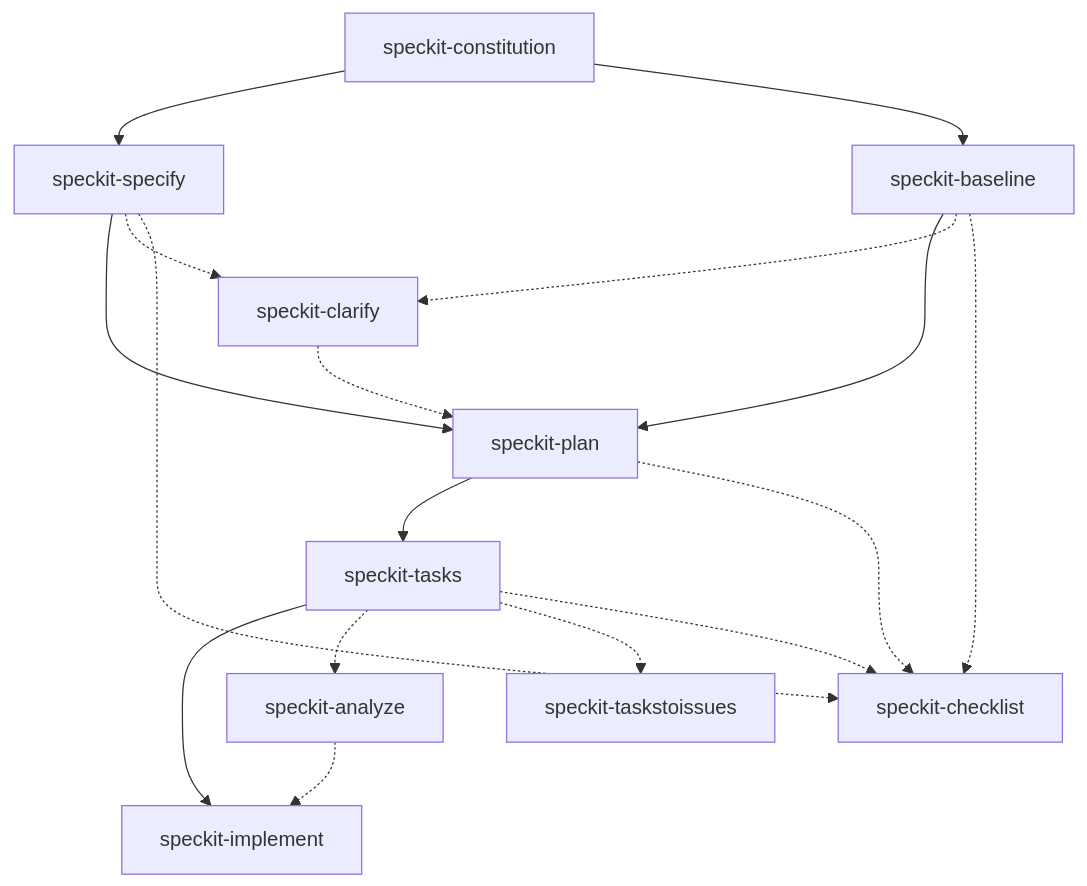
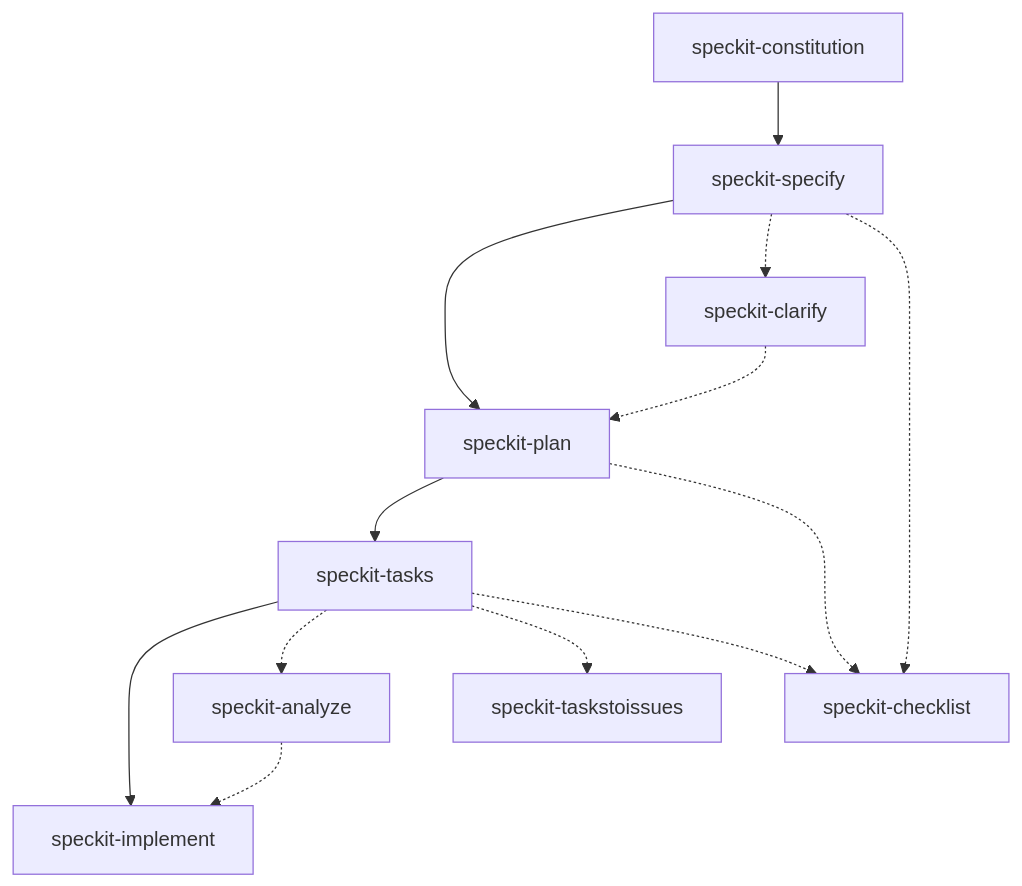
Before and after one commit to dceoy/speckit-agent-skills: the diagram in README.md, drawn with Mermaid. The commit also changed 4 other files, not shown here.

````diff
--- a/README.md
+++ b/README.md
@@ -55,24 +55,18 @@
 ```mermaid
 flowchart TD
   %% Core (recommended order)
   C0["speckit-constitution"] --> C1["speckit-specify"] --> C2["speckit-plan"] --> C3["speckit-tasks"] --> C4["speckit-implement"]
 
-  %% Alternative entry for existing code
-  C0 --> FC["speckit-baseline"]
-  FC --> C2
-
   %% Optional (dashed = insert/assist)
   C1 -.-> O1["speckit-clarify"]
-  FC -.-> O1
   O1 -.-> C2
 
   C3 -.-> O2["speckit-analyze"]
   O2 -.-> C4
 
   C3 -.-> O4["speckit-taskstoissues"]
 
   C1 -.-> O3["speckit-checklist"]
-  FC -.-> O3
   C2 -.-> O3
   C3 -.-> O3
 ```
````
